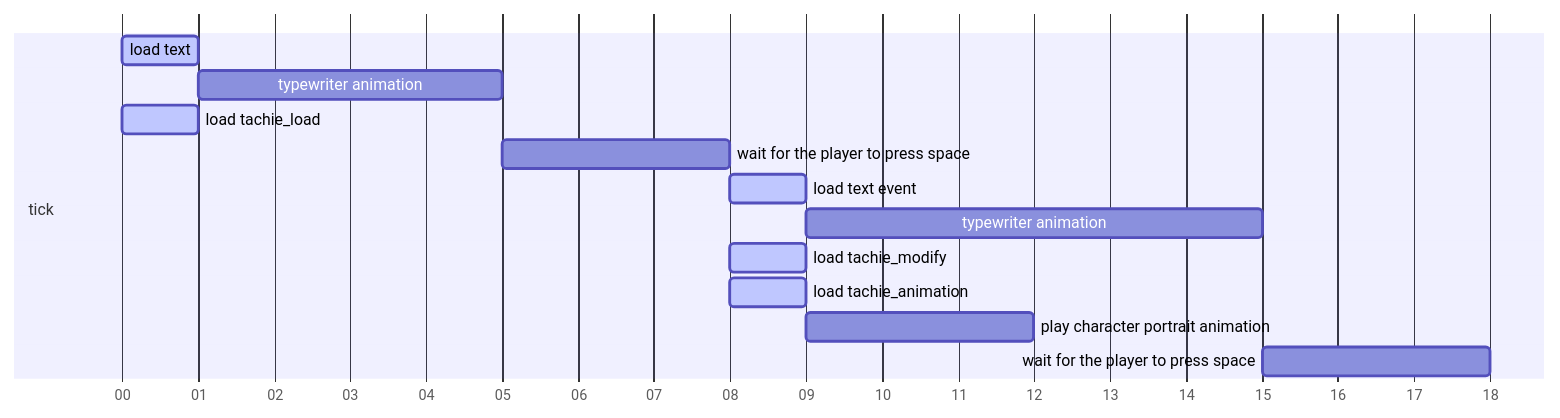
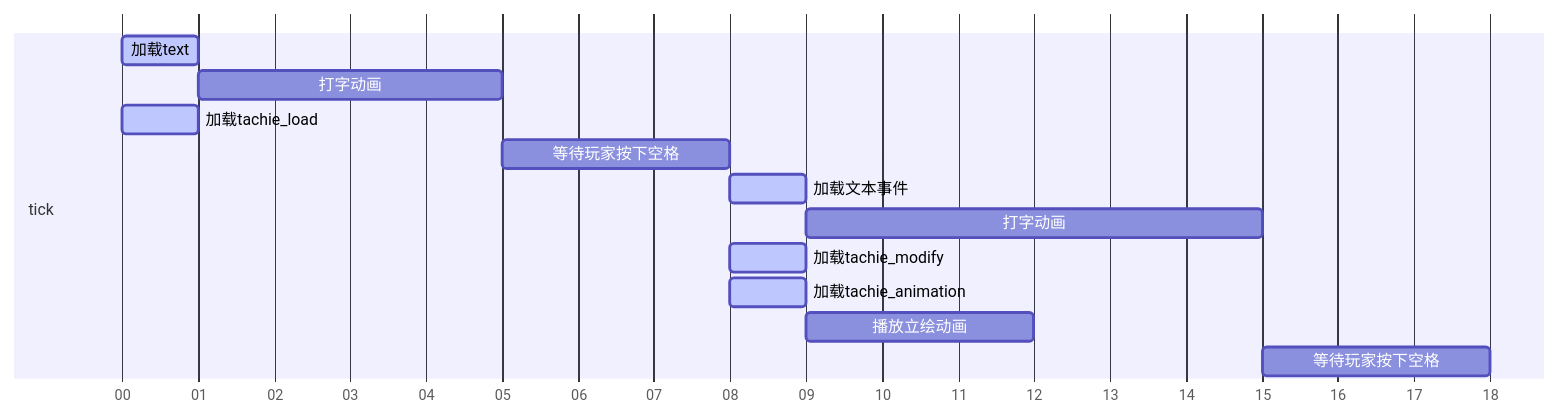
Before and after one commit to CR-019/datapack-index: the second of 4 diagrams in en/feature/archive/202507/0/content.md, drawn with Mermaid. The commit also changed other lines of this file and 285 other files, not shown here.

````diff
--- a/en/feature/archive/202507/0/content.md
+++ b/en/feature/archive/202507/0/content.md
@@ -208,17 +227,17 @@
 ```mermaid
 gantt
     axisFormat %S
     dateFormat ss
     section tick
-    load text           :active, a, after 0, 1s
-    typewriter animation              :b, after a ,4s
-    load tachie_load           :active, after 0, 1s
-    wait for the player to press space        :c, after b,3s
-    load text event           :active, d, after c,1s
-    typewriter animation              :e, after d,6s
-    load tachie_modify           :active, f, after c,1s
-    load tachie_animation           :active, g, after c,1s
-    play character portrait animation              :after g,3s
-    wait for the player to press space        :after e,3s
+    加载text           :active, a, after 0, 1s
+    打字动画              :b, after a ,4s
+    加载tachie_load           :active, after 0, 1s
+    等待玩家按下空格        :c, after b,3s
+    加载文本事件           :active, d, after c,1s
+    打字动画              :e, after d,6s
+    加载tachie_modify           :active, f, after c,1s
+    加载tachie_animation           :active, g, after c,1s
+    播放立绘动画              :after g,3s
+    等待玩家按下空格        :after e,3s
 
 ```
````
